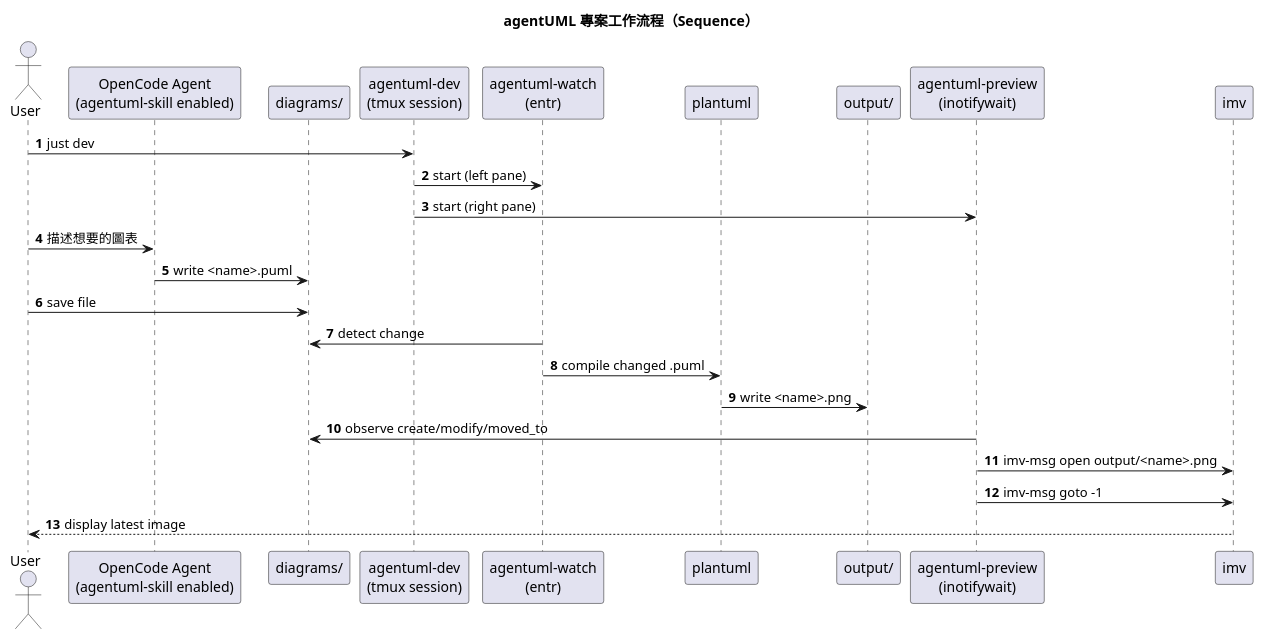
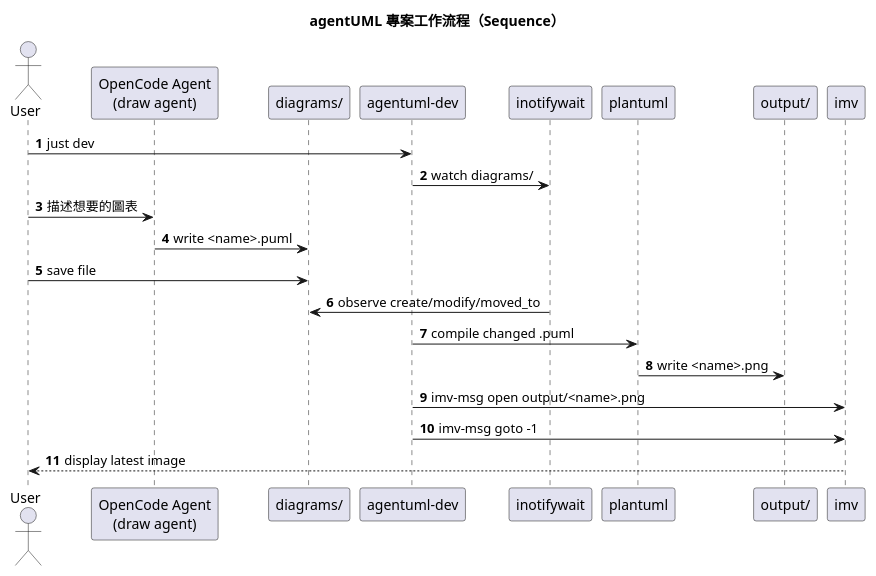
Before and after one commit to jason9075/agentUML: the diagram in imgs/sequence.puml, drawn with PlantUML. The commit also changed 19 other files, not shown here.

```diff
--- a/imgs/sequence.puml
+++ b/imgs/sequence.puml
@@ -1,33 +1,29 @@
 @startuml sequence
 title agentUML 專案工作流程（Sequence）
 
 autonumber
 
 actor User
-participant "OpenCode Agent\n(agentuml-skill enabled)" as Agent
+participant "OpenCode Agent\n(draw agent)" as Agent
 participant "diagrams/" as Diagrams
-participant "agentuml-dev\n(tmux session)" as Dev
-participant "agentuml-watch\n(entr)" as Watch
+participant "agentuml-dev" as Dev
+participant "inotifywait" as Inotify
 participant "plantuml" as PlantUML
 participant "output/" as Output
-participant "agentuml-preview\n(inotifywait)" as Preview
 participant "imv" as Imv
 
 User -> Dev : just dev
-Dev -> Watch : start (left pane)
-Dev -> Preview : start (right pane)
+Dev -> Inotify : watch diagrams/
 
 User -> Agent : 描述想要的圖表
 Agent -> Diagrams : write <name>.puml
 User -> Diagrams : save file
 
-Watch -> Diagrams : detect change
-Watch -> PlantUML : compile changed .puml
+Inotify -> Diagrams : observe create/modify/moved_to
+Dev -> PlantUML : compile changed .puml
 PlantUML -> Output : write <name>.png
-
-Preview -> Diagrams : observe create/modify/moved_to
-Preview -> Imv : imv-msg open output/<name>.png
-Preview -> Imv : imv-msg goto -1
+Dev -> Imv : imv-msg open output/<name>.png
+Dev -> Imv : imv-msg goto -1
 Imv --> User : display latest image
 
 @enduml
```
